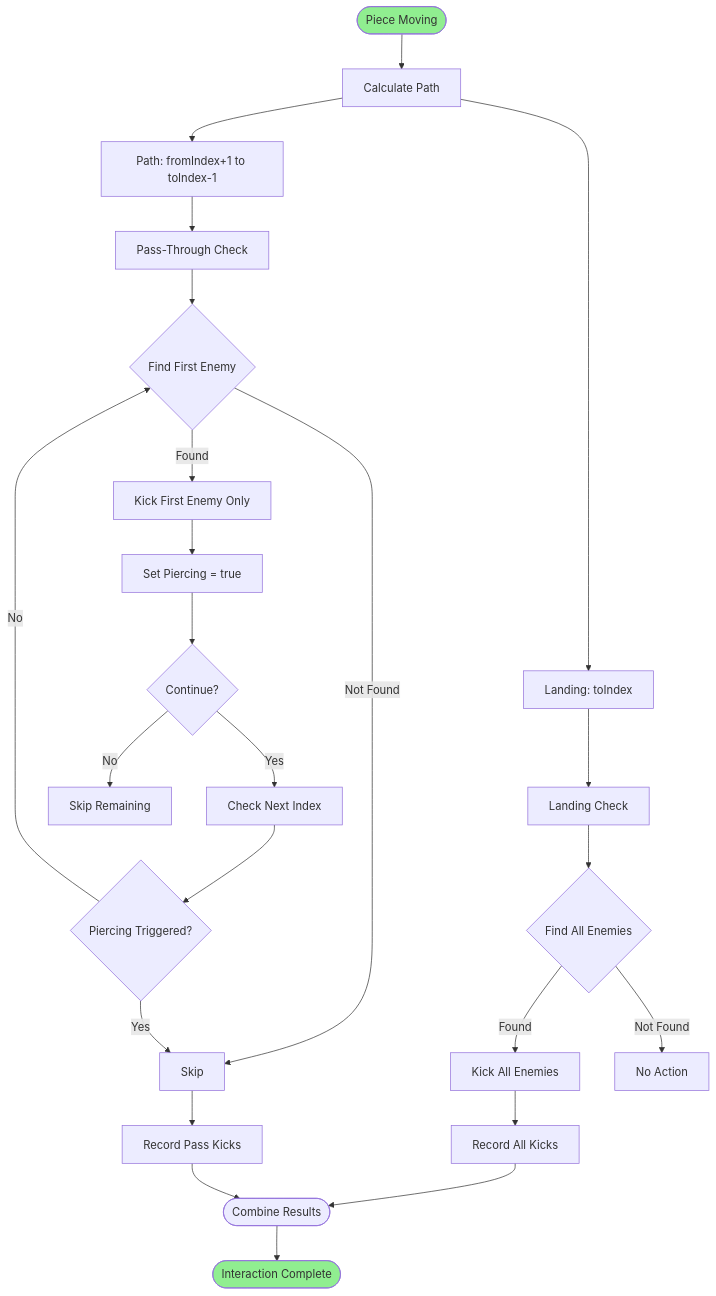
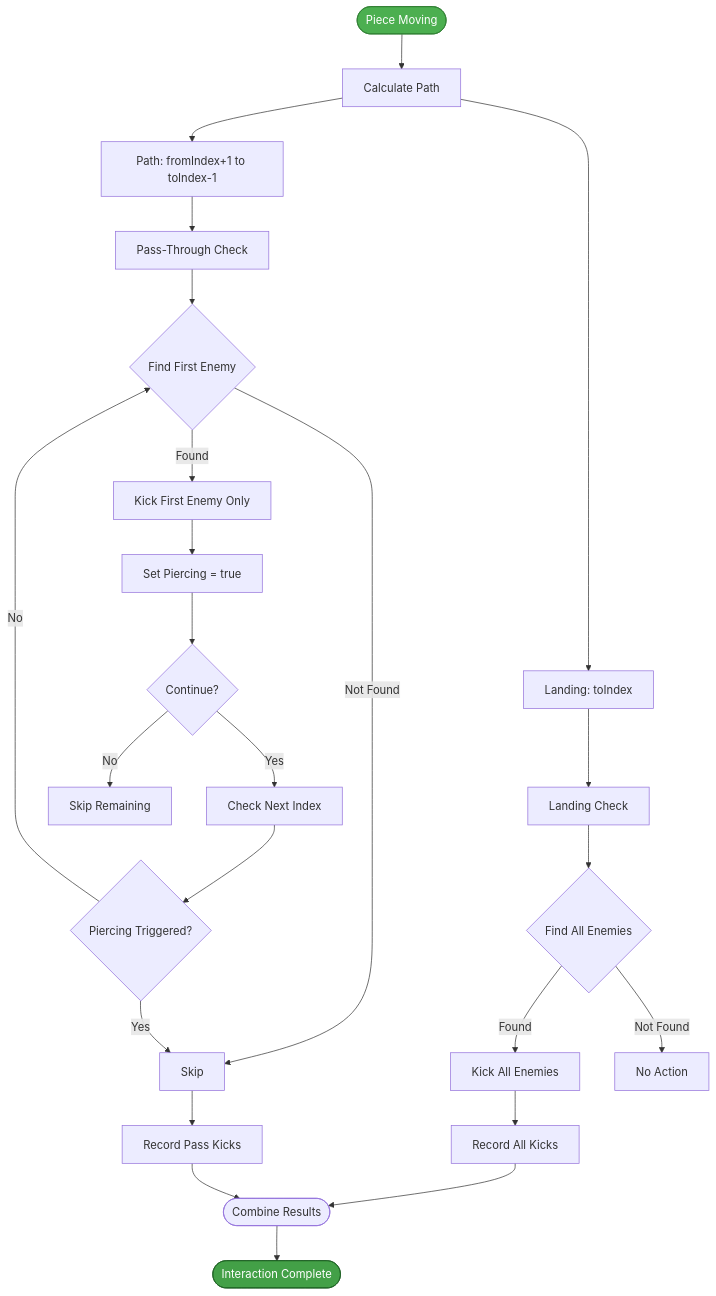
Diagram 11 of 17 in gameplay-diagram.md (huanchainrgp/ludo-docs), drawn with Mermaid before and after one commit. The commit also changed other lines of this file and 1 other file, not shown here.

````diff
--- a/gameplay-diagram.md
+++ b/gameplay-diagram.md
@@ -468,38 +468,38 @@
 ```mermaid
 graph TB
     Start([Piece Moving]) --> CalculatePath[Calculate Path]
     
     CalculatePath --> PathIndices[Path: fromIndex+1 to toIndex-1]
     CalculatePath --> LandingIndex[Landing: toIndex]
     
     PathIndices --> PassThrough[Pass-Through Check]
     LandingIndex --> LandingCheck[Landing Check]
     
     PassThrough --> FindFirst{Find First Enemy}
     FindFirst -->|Found| KickFirst[Kick First Enemy Only]
     FindFirst -->|Not Found| SkipPass[Skip]
     
     KickFirst --> SetPiercing[Set Piercing = true]
     SetPiercing --> ContinuePass{Continue?}
     ContinuePass -->|No| SkipRemaining[Skip Remaining]
     ContinuePass -->|Yes| NextIndex[Check Next Index]
     
     NextIndex --> CheckPiercingFlag{Piercing Triggered?}
     CheckPiercingFlag -->|Yes| SkipPass
     CheckPiercingFlag -->|No| FindFirst
     
     LandingCheck --> FindAll{Find All Enemies}
     FindAll -->|Found| KickAll[Kick All Enemies]
     FindAll -->|Not Found| NoAction[No Action]
     
     KickAll --> RecordAll[Record All Kicks]
     SkipPass --> RecordPass[Record Pass Kicks]
     
     RecordAll --> Combine([Combine Results])
     RecordPass --> Combine
     
     Combine --> End([Interaction Complete])
     
-    style Start fill:#90EE90
-    style End fill:#90EE90
+    style Start fill:#4CAF50,stroke:#2E7D32,color:#FFFFFF
+    style End fill:#43A047,stroke:#1B5E20,color:#FFFFFF
 ```
````
